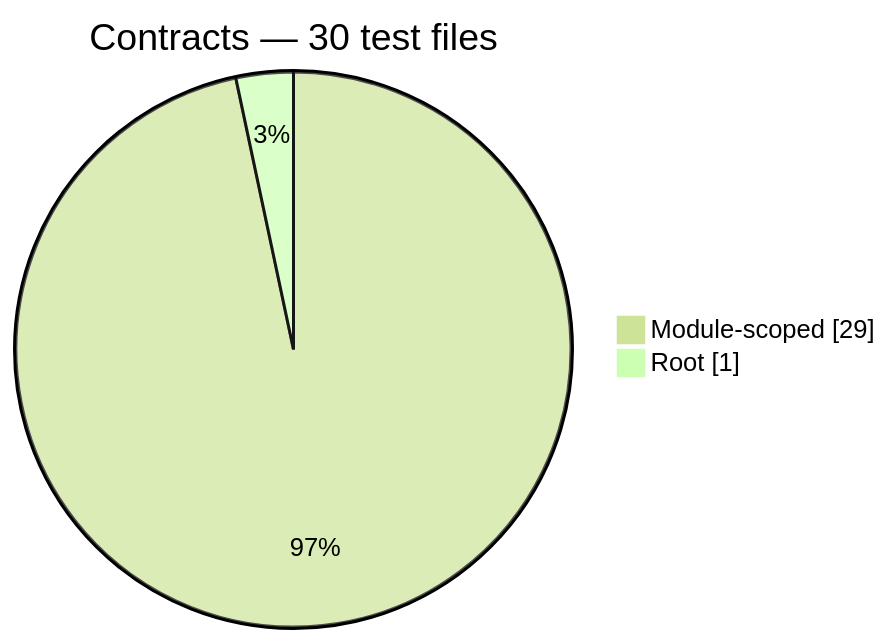
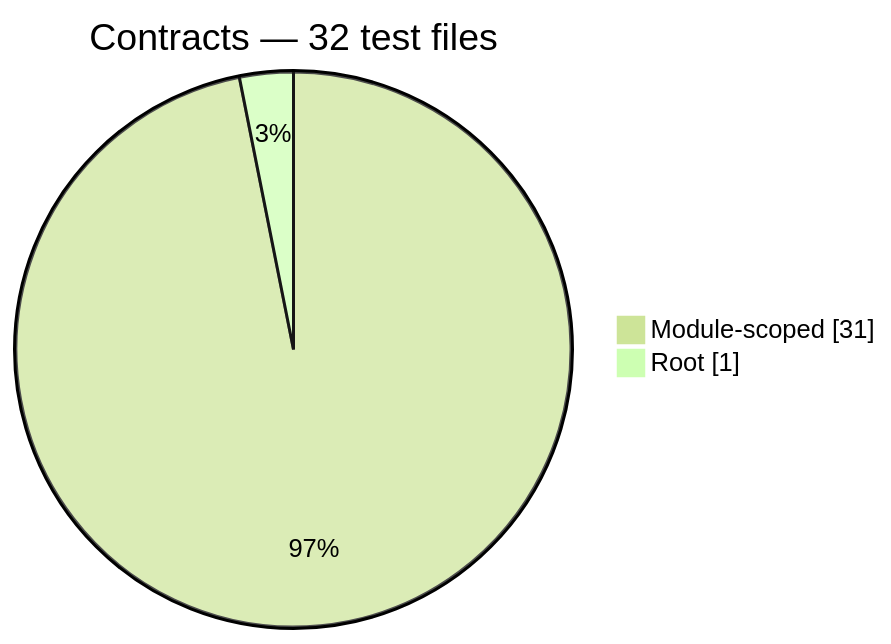
Before and after one commit to Mohammed-Alama/php-arazzo: the first of 9 diagrams in docs/generated/test-composition.md, drawn with Mermaid (forest theme). The commit also changed other lines of this file and 21 other files, not shown here.

Commit message:
feat(contracts): 1.2 step model – GraphQlOperation, InteractionMode, Interaction.mode, StepTarget/Factory.graphql (D3b)

````diff
--- a/docs/generated/test-composition.md
+++ b/docs/generated/test-composition.md
@@ -14,6 +14,6 @@
 ```mermaid
 pie showData
-    title Contracts — 30 test files
-    "Module-scoped": 29
+    title Contracts — 32 test files
+    "Module-scoped": 31
     "Root": 1
 ```
````
